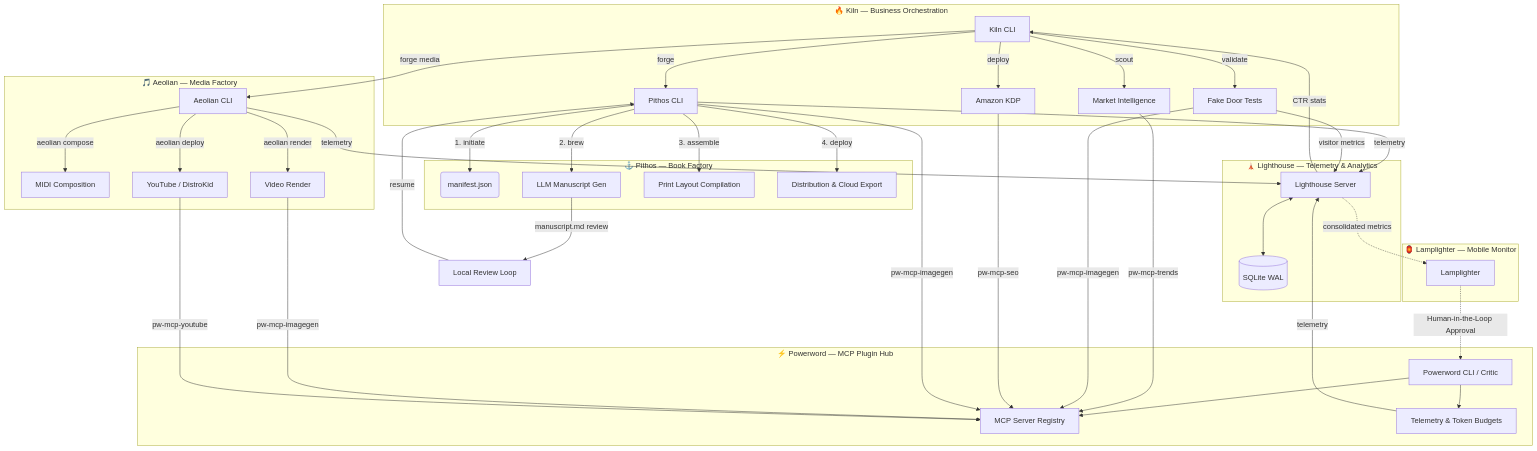
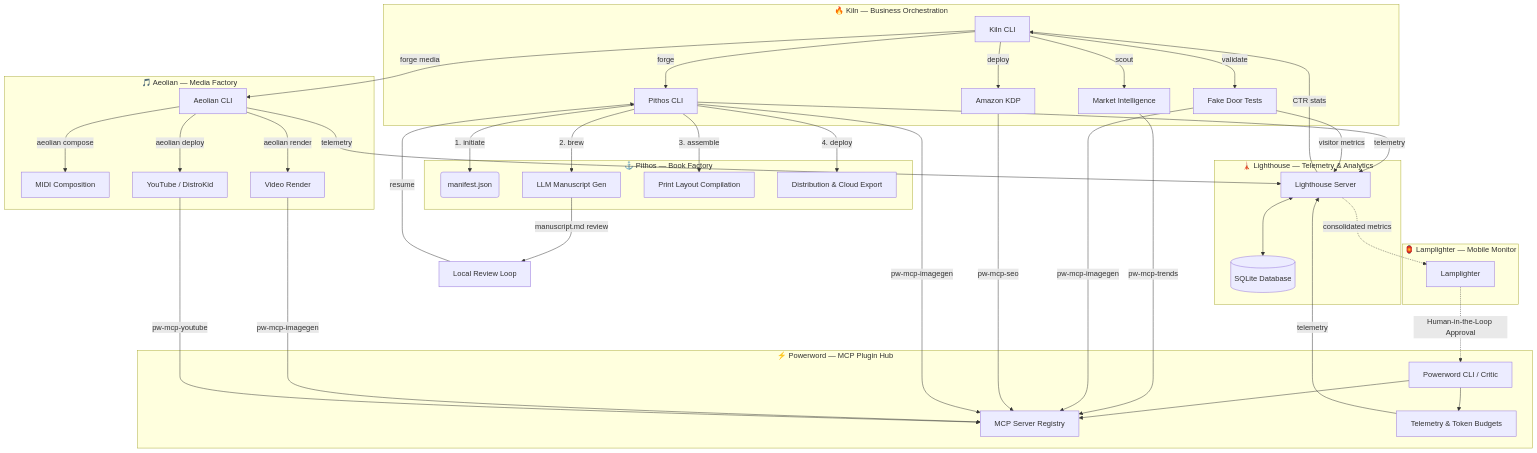
One commit to borch-ai/.github changed the diagram in profile/README.md. Above: the diagram before and after it, drawn with Mermaid. The commit also changed other lines of this file, not shown here.

Commit message:
chore: address review feedback on CTR validation and SQLite label

````diff
--- a/profile/README.md
+++ b/profile/README.md
@@ -54,71 +54,71 @@
 ```mermaid
 graph TD
     subgraph Kiln ["🔥 Kiln — Business Orchestration"]
         K[Kiln CLI]
         K -->|scout| Scout[Market Intelligence]
         K -->|validate| FD[Fake Door Tests]
         K -->|forge| P
         K -->|deploy| KDP[Amazon KDP]
     end
 
     subgraph Pithos ["⚓ Pithos — Book Factory"]
         P[Pithos CLI]
         P -->|1. initiate| M(manifest.json)
         P -->|2. brew| Stanzas[LLM Manuscript Gen]
         P -->|3. assemble| Layout[Print Layout Compilation]
         P -->|4. deploy| Cloud[Distribution & Cloud Export]
     end
 
     subgraph Aeolian ["🎵 Aeolian — Media Factory"]
         A[Aeolian CLI]
         A -->|aeolian compose| MidiGen[MIDI Composition]
         A -->|aeolian render| VideoGen[Video Render]
         A -->|aeolian deploy| Streaming[YouTube / DistroKid]
     end
 
     subgraph Powerword ["⚡ Powerword — MCP Plugin Hub"]
         PW[Powerword CLI / Critic]
         MCPS[MCP Server Registry]
         T[Telemetry & Token Budgets]
         PW --> MCPS
         PW --> T
     end
 
     subgraph Lighthouse ["🗼 Lighthouse — Telemetry & Analytics"]
         LH[Lighthouse Server]
-        LDB[(SQLite WAL)]
+        LDB[(SQLite Database)]
         LH <--> LDB
     end
 
     subgraph Lamplighter ["🏮 Lamplighter — Mobile Monitor"]
         LL[Lamplighter]
     end
 
     %% Kiln orchestrates Aeolian (book pipeline already wired inside Kiln subgraph)
     K -->|forge media| A
 
     %% Kiln consumes Powerword MCP plugins
     Scout -->|pw-mcp-trends| MCPS
     FD -->|pw-mcp-imagegen| MCPS
     KDP -->|pw-mcp-seo| MCPS
 
     %% Pithos consumes Powerword MCP plugins
     Stanzas -->|manuscript.md review| Rev[Local Review Loop]
     Rev -->|resume| P
     P -->|pw-mcp-imagegen| MCPS
 
     %% Aeolian consumes Powerword MCP plugins
     VideoGen -->|pw-mcp-imagegen| MCPS
     Streaming -->|pw-mcp-youtube| MCPS
 
     %% Telemetry & Analytics ingestion into Lighthouse
     T -->|telemetry| LH
     P -->|telemetry| LH
     A -->|telemetry| LH
     FD -->|visitor metrics| LH
 
     %% Data querying & display
     LH -->|CTR stats| K
     LH -.->|consolidated metrics| LL
     LL -.->|Human-in-the-Loop Approval| PW
 ```
````
